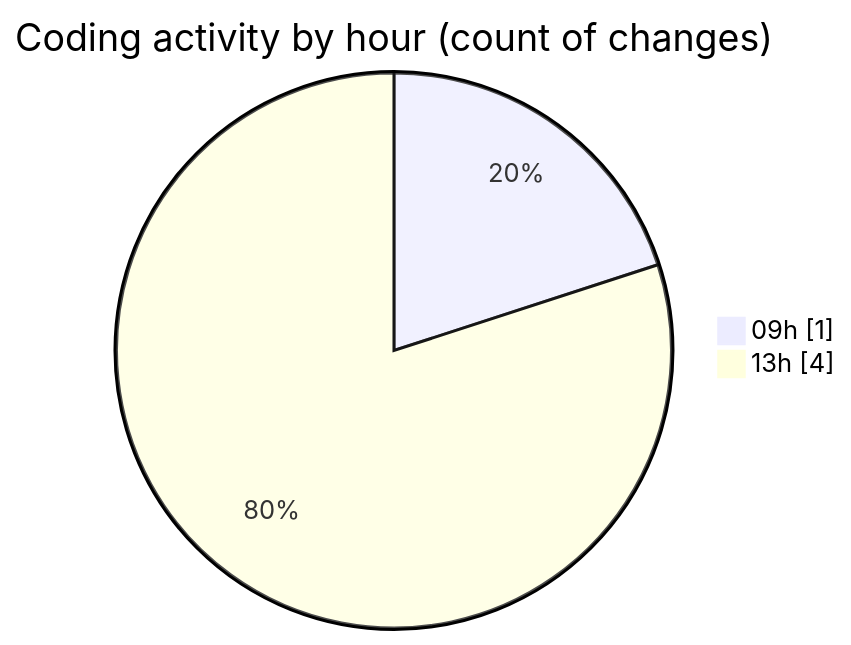
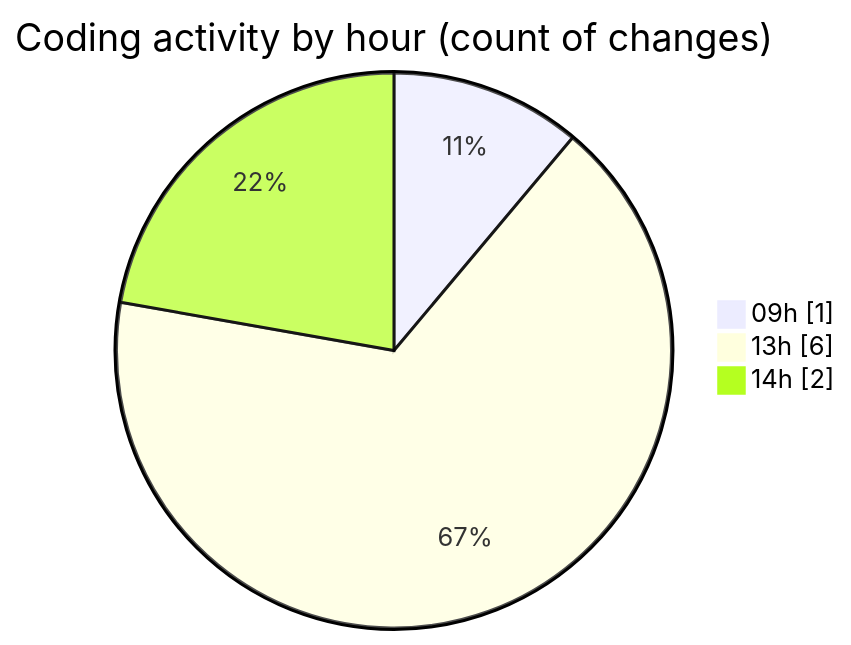
Before and after one commit to robertbonfada/code-tracking: the second of 2 diagrams in 2025-03-05/termoa-central/README.md, drawn with Mermaid. The commit also changed other lines of this file and 2 other files, not shown here.

````diff
--- a/2025-03-05/termoa-central/README.md
+++ b/2025-03-05/termoa-central/README.md
@@ -31,6 +33,7 @@
 ```mermaid
 pie showData
 title Coding activity by hour (count of changes)
 "09h" : 1
-"13h" : 4
+"13h" : 6
+"14h" : 2
 ```
````
